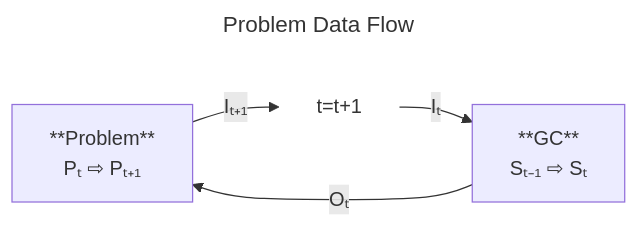
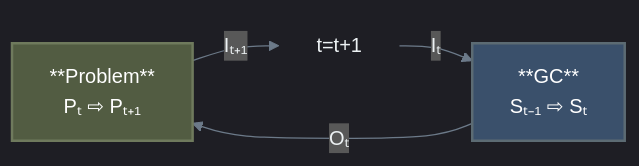
Before and after one commit to Shapedsundew9/erasmus-gp: the first of 2 diagrams in docs/components/problems/overview.md, drawn with Mermaid. The commit also changed other lines of this file and 21 other files, not shown here.

First line of the commit message:
Enhance Mermaid Diagrams and Color Consistency Across Documentation

````diff
--- a/docs/components/problems/overview.md
+++ b/docs/components/problems/overview.md
@@ -7,20 +7,16 @@
 ```mermaid
----
-title: Problem Data Flow
----
+%%{init: { 'theme': 'dark', 'themeVariables': { 'lineColor': '#6c7a89', 'textColor': '#edf2f4', 'mainBkg': '#2b2d42', 'primaryBorderColor': '#4a4e69' }}}%%
 flowchart LR
+    %% Base/Default (Dark Slate)
+    classDef default fill:#2b2d42,stroke:#4a4e69,stroke-width:2px,color:#edf2f4
+    classDef dataBlue fill:#3a506b,stroke:#5c6b73,stroke-width:2px,color:#ffffff
+    classDef dataOlive fill:#525c42,stroke:#6f7a5d,stroke-width:2px,color:#ffffff
+    classDef noborder fill:none,stroke:none;
 
-    p[**Problem**
-    Pₜ ⇨ Pₜ₊₁]
-
-    gc[**GC**
-    Sₜ₋₁ ⇨ Sₜ]
-
+    p[**Problem**<br/>Pₜ ⇨ Pₜ₊₁]:::dataOlive
+    gc[**GC**<br/>Sₜ₋₁ ⇨ Sₜ]:::dataBlue
     t[t=t+1]:::noborder
     
     p --"Iₜ₊₁"--> t --"Iₜ"--> gc 
     gc --Oₜ--> p
-
-
-    classDef noborder fill:none,stroke:none;
 ```
````
